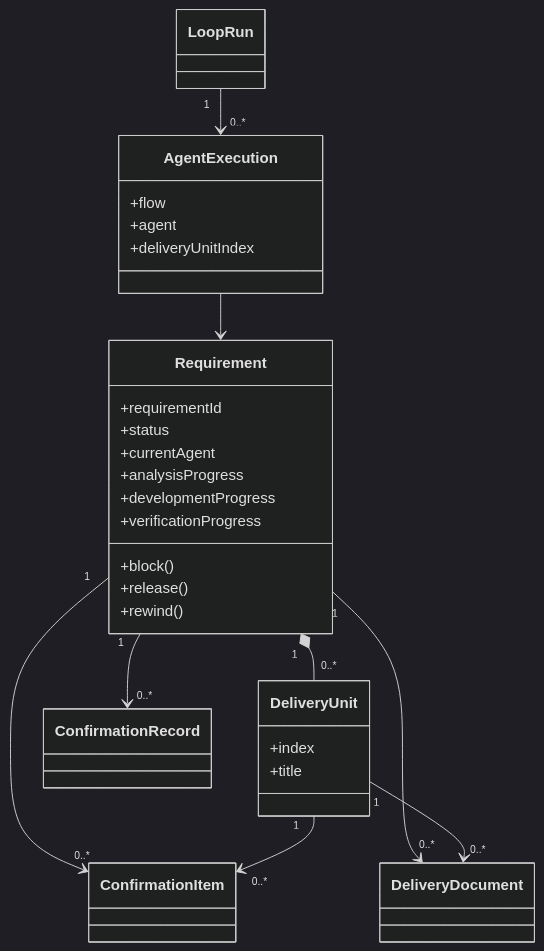
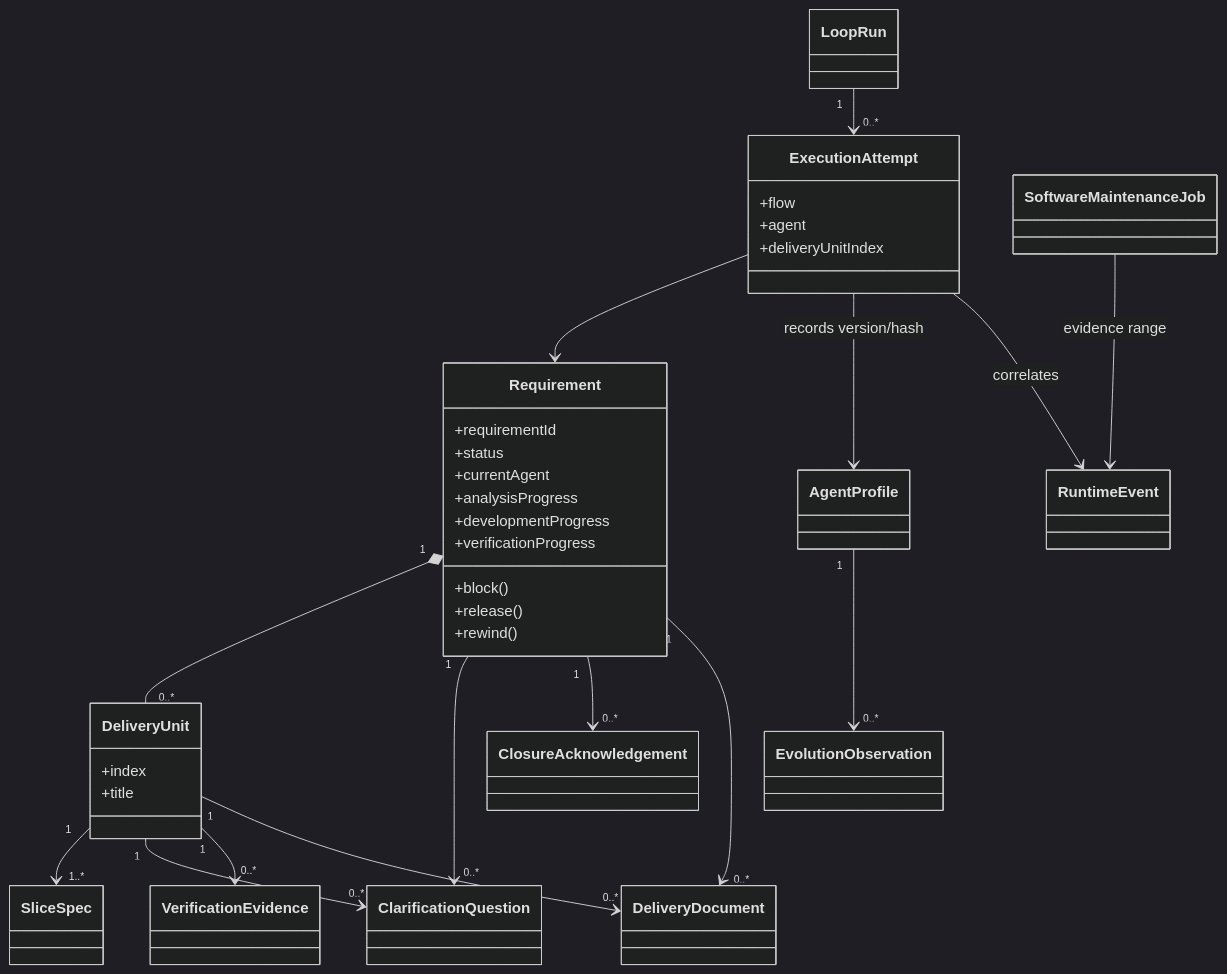
Before and after one commit to InspireChina/ai4se-loop-workflow: the diagram in docs/v1-ddd-boundaries.md, drawn with Mermaid (dark theme). The commit also changed other lines of this file and 45 other files, not shown here.

````diff
--- a/docs/v1-ddd-boundaries.md
+++ b/docs/v1-ddd-boundaries.md
@@ -90,36 +128,48 @@
 ```mermaid
 classDiagram
   class Requirement {
     +requirementId
     +status
     +currentAgent
     +analysisProgress
     +developmentProgress
     +verificationProgress
     +block()
     +release()
     +rewind()
   }
   class DeliveryUnit {
     +index
     +title
   }
-  class ConfirmationItem
-  class ConfirmationRecord
+  class SliceSpec
+  class ClarificationQuestion
+  class VerificationEvidence
+  class ClosureAcknowledgement
   class DeliveryDocument
   class LoopRun
-  class AgentExecution {
+  class ExecutionAttempt {
     +flow
     +agent
     +deliveryUnitIndex
   }
+  class AgentProfile
+  class EvolutionObservation
+  class RuntimeEvent
+  class SoftwareMaintenanceJob
 
   Requirement "1" *-- "0..*" DeliveryUnit
-  Requirement "1" --> "0..*" ConfirmationItem
-  Requirement "1" --> "0..*" ConfirmationRecord
+  Requirement "1" --> "0..*" ClarificationQuestion
+  Requirement "1" --> "0..*" ClosureAcknowledgement
   Requirement "1" --> "0..*" DeliveryDocument
-  DeliveryUnit "1" --> "0..*" ConfirmationItem
+  DeliveryUnit "1" --> "1..*" SliceSpec
+  DeliveryUnit "1" --> "0..*" ClarificationQuestion
+  DeliveryUnit "1" --> "0..*" VerificationEvidence
   DeliveryUnit "1" --> "0..*" DeliveryDocument
-  LoopRun "1" --> "0..*" AgentExecution
-  AgentExecution --> Requirement
+  LoopRun "1" --> "0..*" ExecutionAttempt
+  ExecutionAttempt --> Requirement
+  AgentProfile "1" --> "0..*" EvolutionObservation
+  ExecutionAttempt --> AgentProfile : records version/hash
+  ExecutionAttempt --> RuntimeEvent : correlates
+  SoftwareMaintenanceJob --> RuntimeEvent : evidence range
 ```
````
